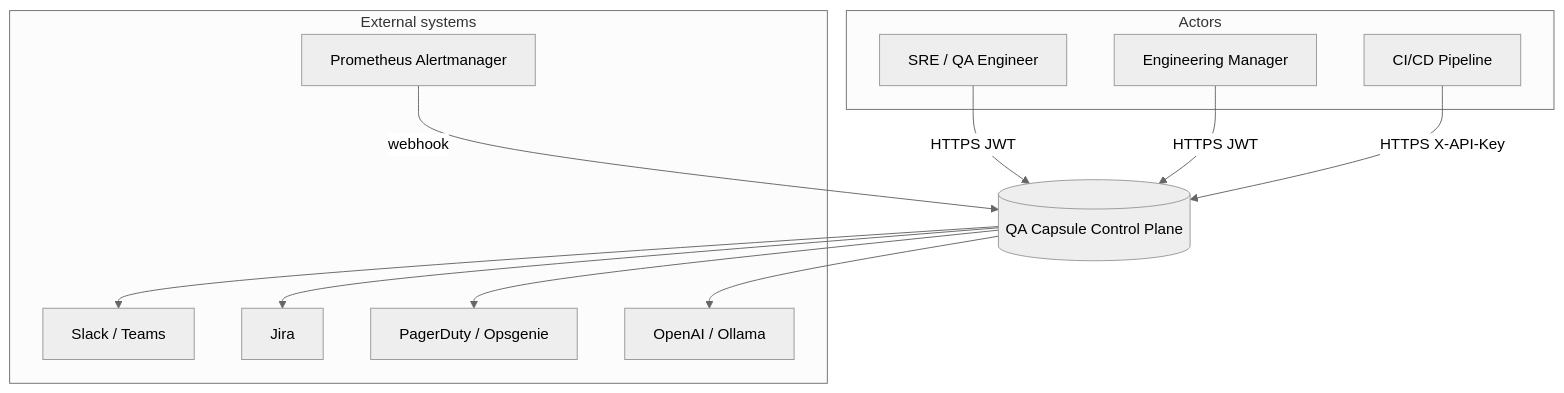
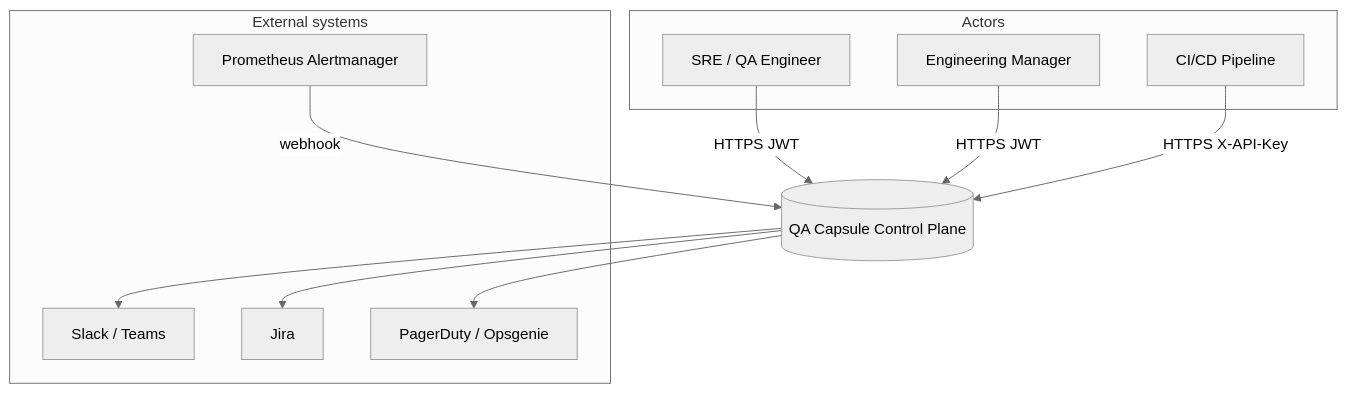
The first of 18 diagrams in docs/guides/design-diagrams.md (QA-Capsule/qa-capsule-community), drawn with Mermaid (neutral theme) before and after one commit. The commit also changed other lines of this file and 34 other files, not shown here.

````diff
--- a/docs/guides/design-diagrams.md
+++ b/docs/guides/design-diagrams.md
@@ -17,24 +17,23 @@
 ```mermaid
 flowchart TB
     subgraph actors [Actors]
         SRE[SRE / QA Engineer]
         MGR[Engineering Manager]
         CI[CI/CD Pipeline]
     end
 
     QC[(QA Capsule Control Plane)]
 
     subgraph external [External systems]
         SLACK[Slack / Teams]
         JIRA[Jira]
         PD[PagerDuty / Opsgenie]
-        LLM[OpenAI / Ollama]
         PROM[Prometheus Alertmanager]
     end
 
     SRE -->|HTTPS JWT| QC
     MGR -->|HTTPS JWT| QC
     CI -->|HTTPS X-API-Key| QC
-    QC --> SLACK & JIRA & PD & LLM
+    QC --> SLACK & JIRA & PD
     PROM -->|webhook| QC
 ```
````
